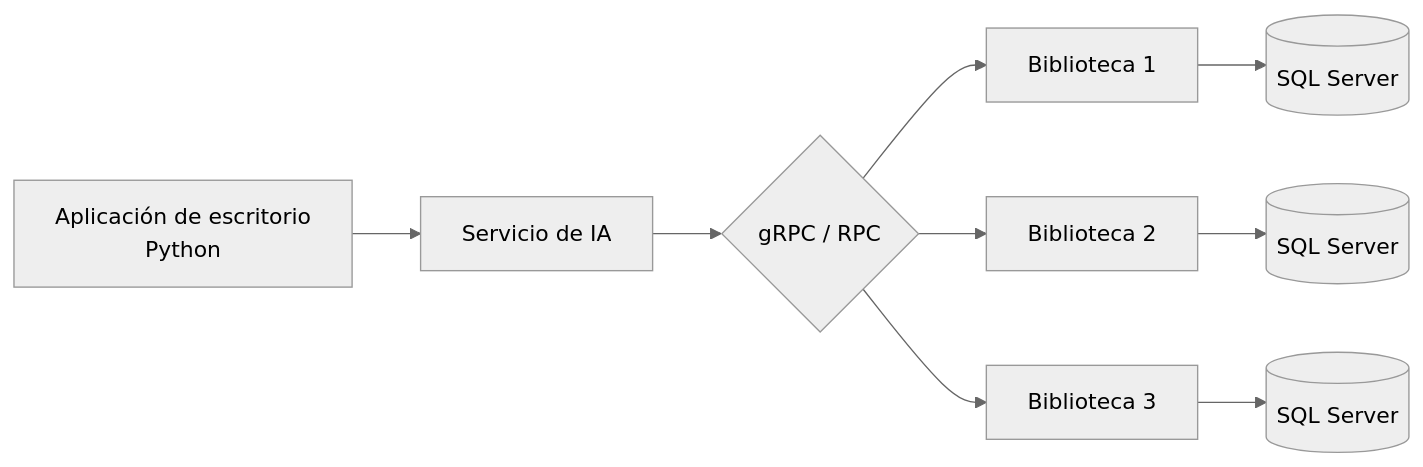
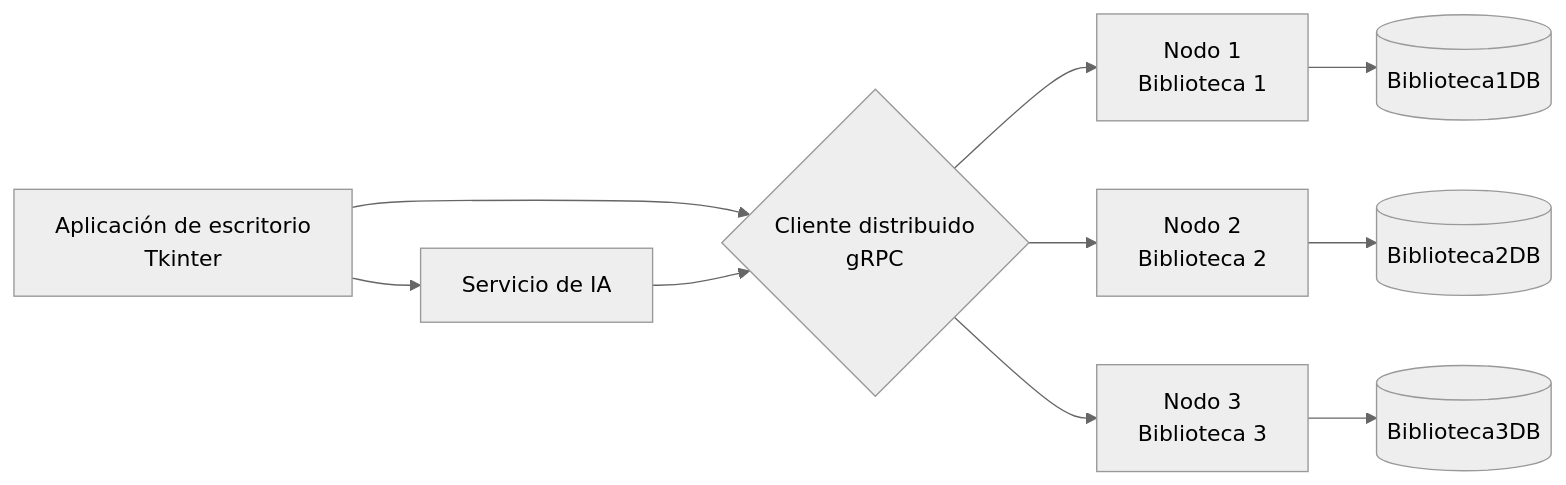
The diagram in README.md (pipeeex/intelligent-library-search-system), drawn with Mermaid (neutral theme) before and after one commit. The commit also changed other lines of this file and 9 other files, not shown here.

````diff
--- a/README.md
+++ b/README.md
@@ -40,8 +43,9 @@
 ```mermaid
 flowchart LR
-    A[ Aplicación de escritorio<br/>Python] --> B[ Servicio de IA]
-    B --> C{gRPC / RPC}
-    C --> D[ Biblioteca 1] --> G[(SQL Server)]
-    C --> E[ Biblioteca 2] --> H[(SQL Server)]
-    C --> F[ Biblioteca 3] --> I[(SQL Server)]
+    A[Aplicación de escritorio<br/>Tkinter] --> B[Servicio de IA]
+    A --> C{Cliente distribuido<br/>gRPC}
+    B --> C
+    C --> D[Nodo 1<br/>Biblioteca 1] --> G[(Biblioteca1DB)]
+    C --> E[Nodo 2<br/>Biblioteca 2] --> H[(Biblioteca2DB)]
+    C --> F[Nodo 3<br/>Biblioteca 3] --> I[(Biblioteca3DB)]
 ```
````
